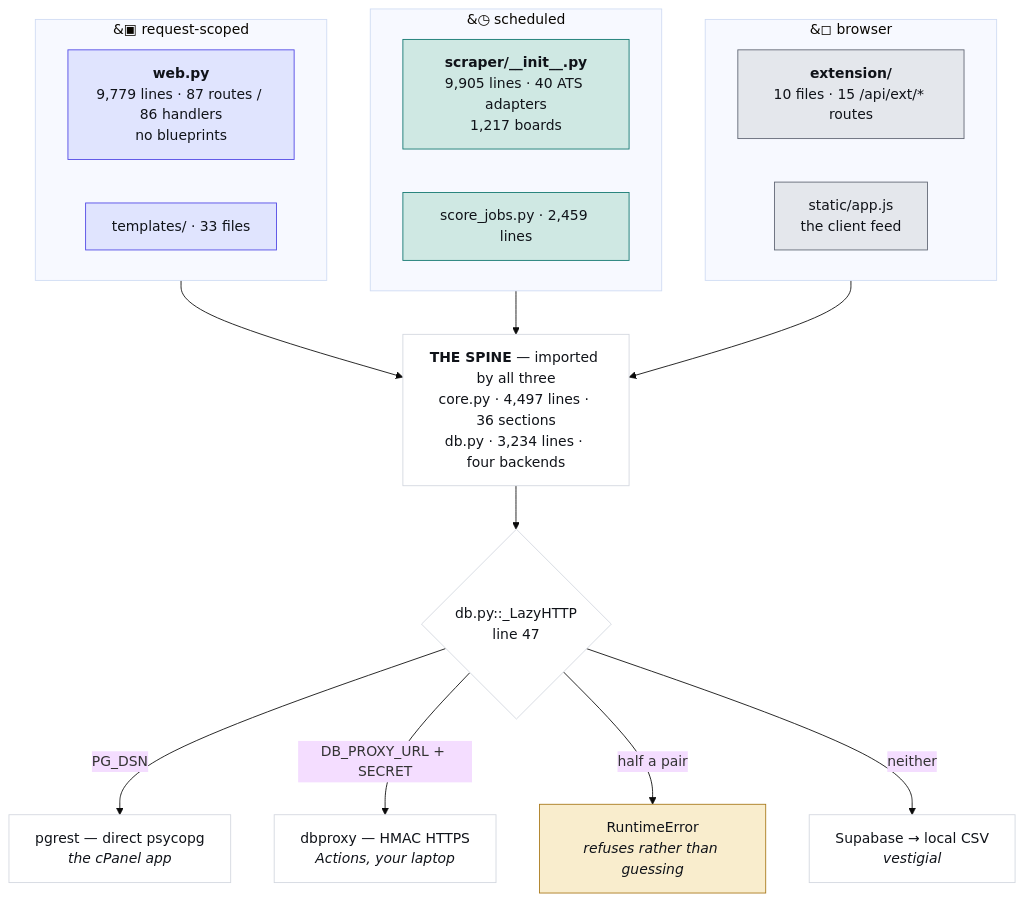
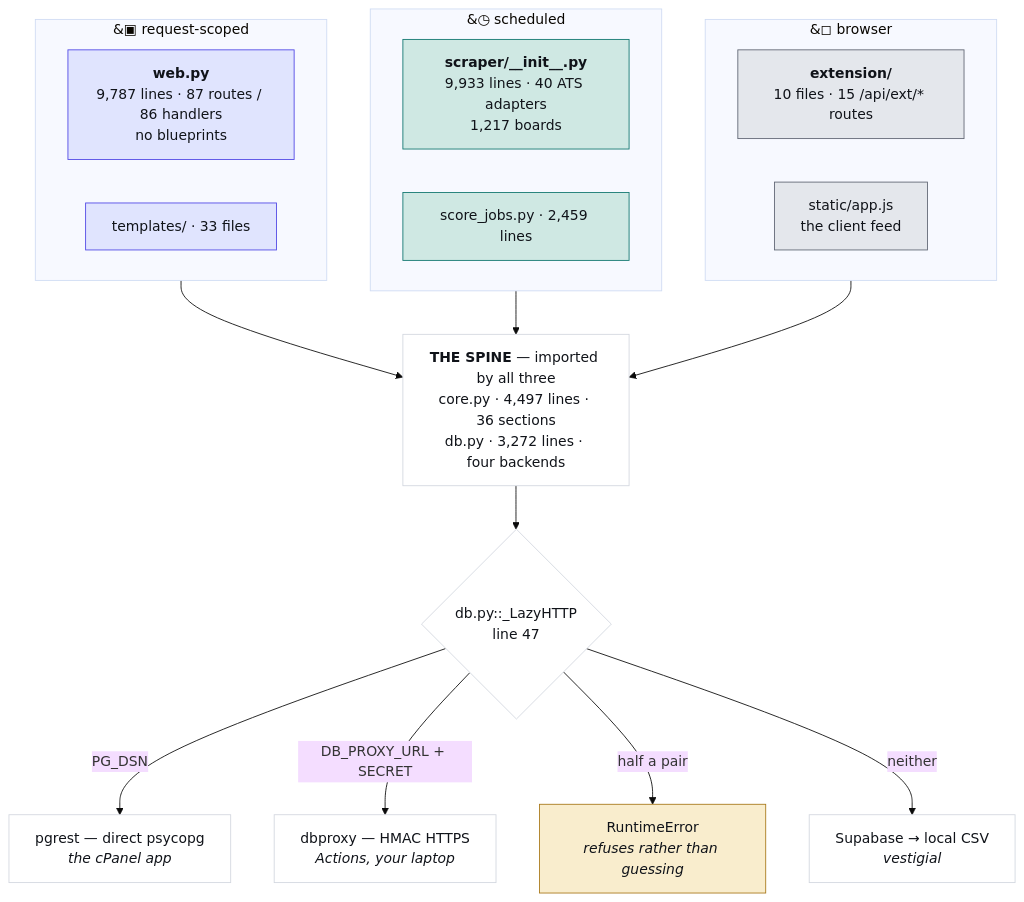
One commit to hadakunal909-debug/job-search-tool changed the first of 4 diagrams in JobMatch Scraper/docs/ARCHITECTURE.md. Above: the diagram before and after it, drawn with Mermaid (base theme). The commit also changed 11 other files, not shown here.

````diff
--- a/JobMatch Scraper/docs/ARCHITECTURE.md
+++ b/JobMatch Scraper/docs/ARCHITECTURE.md
@@ -45,34 +45,34 @@
 ```mermaid
 flowchart TB
   subgraph REQ["&#9635; request-scoped"]
-    W["<b>web.py</b><br/>9,779 lines · 87 routes / 86 handlers<br/>no blueprints"]
+    W["<b>web.py</b><br/>9,787 lines · 87 routes / 86 handlers<br/>no blueprints"]
     T["templates/ · 33 files"]
   end
   subgraph SCH["&#9719; scheduled"]
-    S["<b>scraper/__init__.py</b><br/>9,905 lines · 40 ATS adapters<br/>1,217 boards"]
+    S["<b>scraper/__init__.py</b><br/>9,933 lines · 40 ATS adapters<br/>1,217 boards"]
     J["score_jobs.py · 2,459 lines"]
   end
   subgraph CLI["&#9723; browser"]
     E["<b>extension/</b><br/>10 files · 15 /api/ext/* routes"]
     A["static/app.js<br/>the client feed"]
   end
-  SPINE["<b>THE SPINE</b> — imported by all three<br/>core.py · 4,497 lines · 36 sections<br/>db.py · 3,234 lines · four backends"]
+  SPINE["<b>THE SPINE</b> — imported by all three<br/>core.py · 4,497 lines · 36 sections<br/>db.py · 3,272 lines · four backends"]
   REQ --> SPINE
   SCH --> SPINE
   CLI --> SPINE
   SPINE --> D{"db.py::_LazyHTTP<br/>line 47"}
   D -->|"PG_DSN"| P["pgrest — direct psycopg<br/><i>the cPanel app</i>"]
   D -->|"DB_PROXY_URL + SECRET"| X["dbproxy — HMAC HTTPS<br/><i>Actions, your laptop</i>"]
   D -->|"half a pair"| R["RuntimeError<br/><i>refuses rather than guessing</i>"]
   D -->|"neither"| V["Supabase → local CSV<br/><i>vestigial</i>"]
   classDef web fill:#e0e4fe,stroke:#4f46e5,color:#101319
   classDef sched fill:#cfe8e3,stroke:#0f766e,color:#101319
   classDef client fill:#e4e7ec,stroke:#5f6573,color:#101319
   classDef trap fill:#f9edcd,stroke:#a8781a,color:#101319
   classDef plain fill:#ffffff,stroke:#d3d7df,color:#101319
   class W,T web
   class S,J sched
   class E,A client
   class R trap
   class SPINE,D,P,X,V plain
 ```
````
